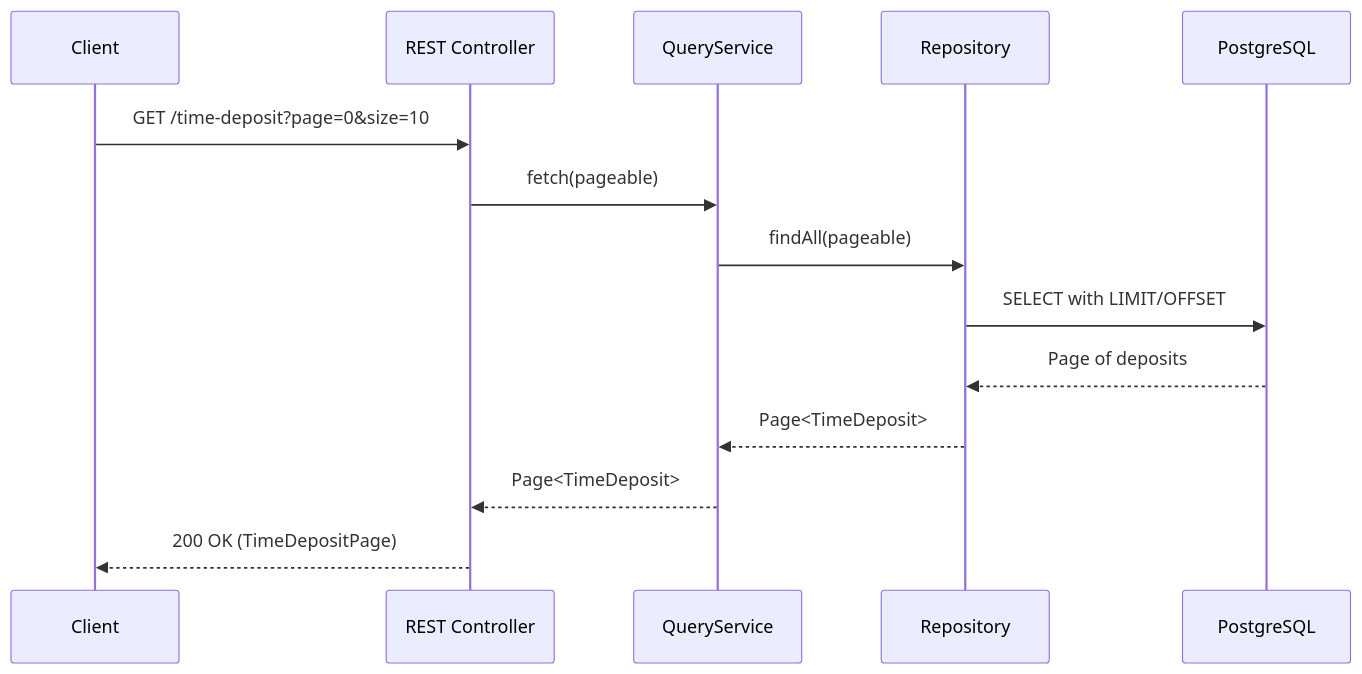
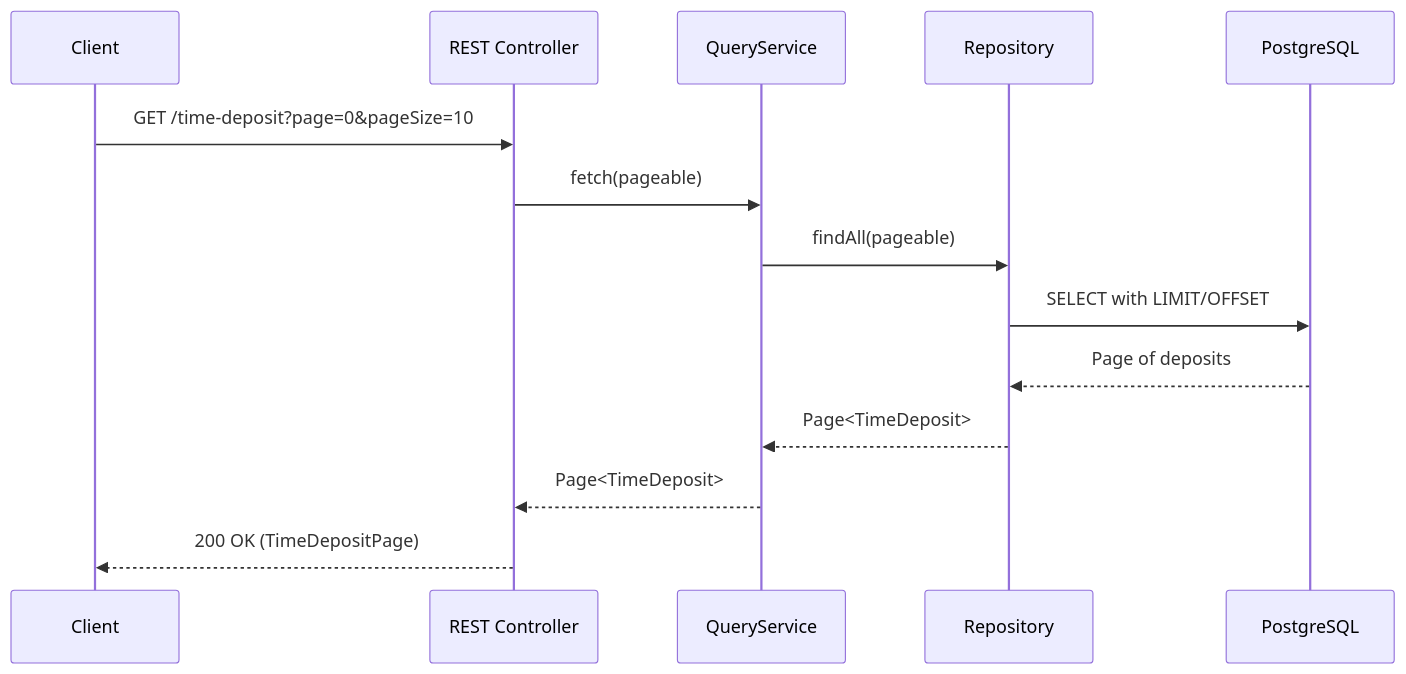
Before and after one commit to TomaszRutyna/time-deposit-take-home-kata: the sixth of 7 diagrams in kotlin/docs/TECHNICAL.md, drawn with Mermaid. The commit also changed other lines of this file and 6 other files, not shown here.

Commit message:
Time-Deposit-Kata: field name adjustment after requirements review

````diff
--- a/kotlin/docs/TECHNICAL.md
+++ b/kotlin/docs/TECHNICAL.md
@@ -216,17 +216,17 @@
 ```mermaid
 sequenceDiagram
     participant Client
     participant Controller as REST Controller
     participant Service as QueryService
     participant Repo as Repository
     participant DB as PostgreSQL
 
-    Client->>Controller: GET /time-deposit?page=0&size=10
+    Client->>Controller: GET /time-deposit?page=0&pageSize=10
     Controller->>Service: fetch(pageable)
     Service->>Repo: findAll(pageable)
     Repo->>DB: SELECT with LIMIT/OFFSET
     DB-->>Repo: Page of deposits
     Repo-->>Service: Page<TimeDeposit>
     Service-->>Controller: Page<TimeDeposit>
     Controller-->>Client: 200 OK (TimeDepositPage)
 ```
````
